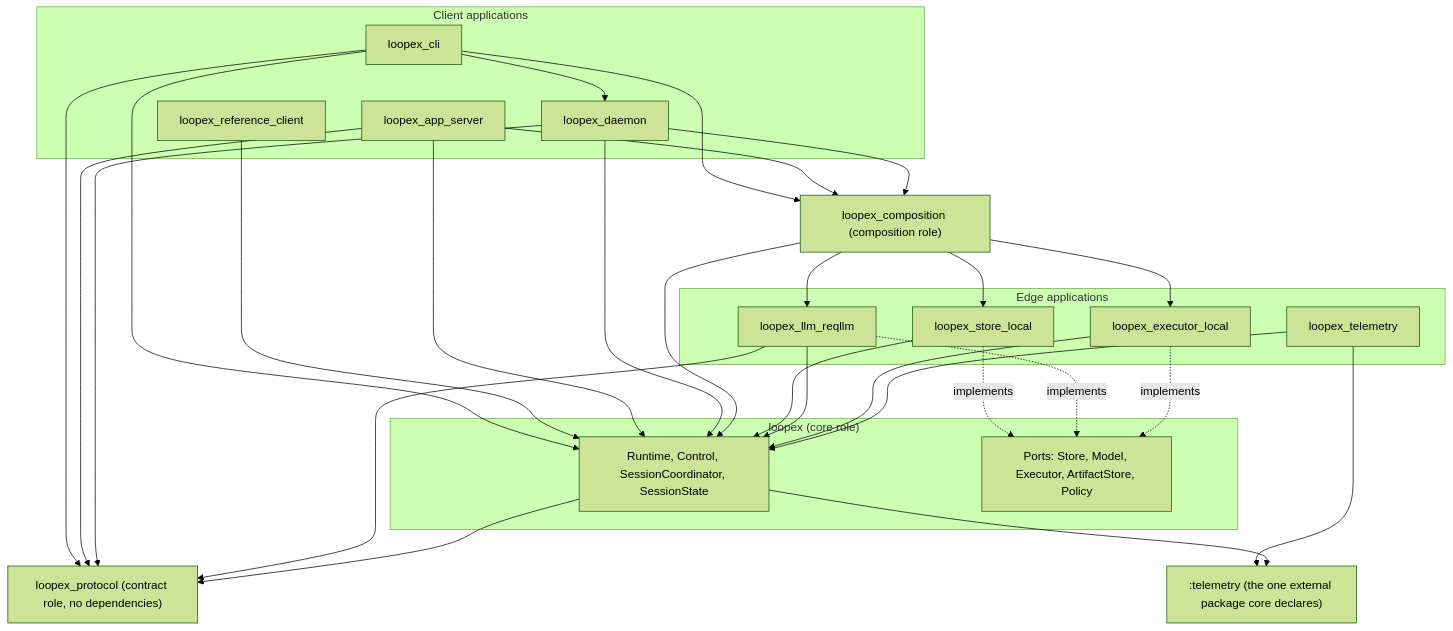
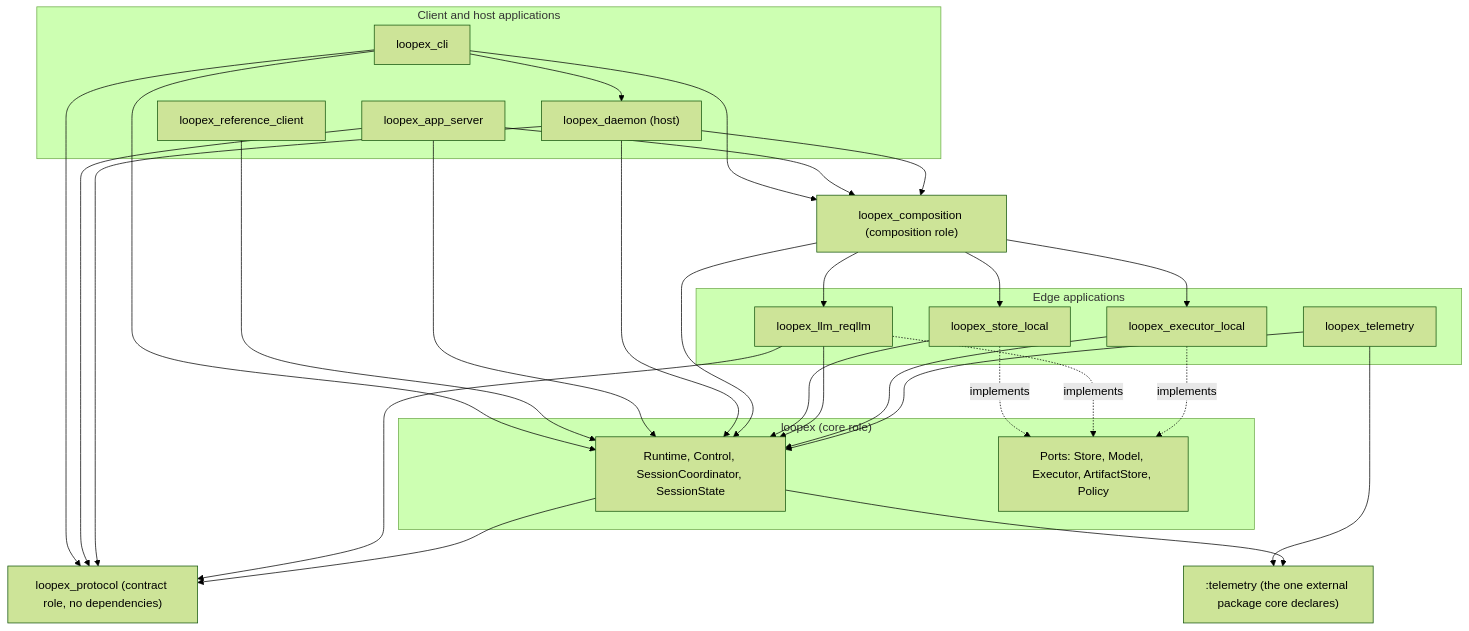
One commit to lexlapax/loopex changed the first of 2 diagrams in docs/developer/architecture.md. Above: the diagram before and after it, drawn with Mermaid (forest theme). The commit also changed other lines of this file and 1 other file, not shown here.

Commit message:
docs(M5): revamp the architecture pair

````diff
--- a/docs/developer/architecture.md
+++ b/docs/developer/architecture.md
@@ -69,53 +78,53 @@
 ```mermaid
 flowchart TB
-    subgraph Clients["Client applications"]
+    subgraph Clients["Client and host applications"]
       CLI["loopex_cli"]
       REF["loopex_reference_client"]
       APPS["loopex_app_server"]
-      DAEMON["loopex_daemon"]
+      DAEMON["loopex_daemon (host)"]
     end
 
     COMP["loopex_composition (composition role)"]
 
     subgraph Kernel["loopex (core role)"]
       RUNTIME["Runtime, Control, SessionCoordinator, SessionState"]
       PORTS["Ports: Store, Model, Executor, ArtifactStore, Policy"]
     end
 
     PROTO["loopex_protocol (contract role, no dependencies)"]
     TEL[":telemetry (the one external package core declares)"]
 
     subgraph Edges["Edge applications"]
       STORE["loopex_store_local"]
       LLM["loopex_llm_reqllm"]
       EXEC["loopex_executor_local"]
       TELE["loopex_telemetry"]
     end
 
     CLI --> COMP
     CLI --> RUNTIME
     CLI --> DAEMON
     CLI --> PROTO
     REF --> RUNTIME
     APPS --> COMP
     APPS --> RUNTIME
     APPS --> PROTO
     DAEMON --> COMP
     DAEMON --> RUNTIME
     DAEMON --> PROTO
     COMP --> RUNTIME
     COMP --> STORE
     COMP --> LLM
     COMP --> EXEC
     STORE --> RUNTIME
     LLM --> RUNTIME
     EXEC --> RUNTIME
     TELE --> RUNTIME
     TELE --> TEL
     LLM --> PROTO
     RUNTIME --> PROTO
     RUNTIME --> TEL
     STORE -. implements .-> PORTS
     LLM -. implements .-> PORTS
     EXEC -. implements .-> PORTS
 ```
````
